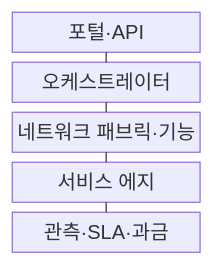
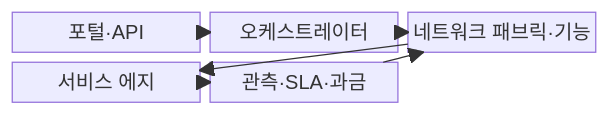
One commit to agnusdei1207/knowledge-base changed the first of 2 diagrams in src/content/docs/notes/04-network/060_network_as_a_service.md. Above: the diagram before and after it, drawn with Mermaid. The commit also changed other lines of this file and 20 other files, not shown here.

````diff
--- a/src/content/docs/notes/04-network/060_network_as_a_service.md
+++ b/src/content/docs/notes/04-network/060_network_as_a_service.md
@@ -54,13 +55,14 @@
 ```mermaid
 block-beta
-    columns 1
+    columns 3
     A["포털·API"]
     B["오케스트레이터"]
     C["네트워크 패브릭·기능"]
     D["서비스 에지"]
     E["관측·SLA·과금"]
-    A --- B
-    B --- C
-    C --- D
-    D --- E
+    A --> B
+    B --> C
+    C --> D
+    E --> C
+    E --> D
 ```
````
